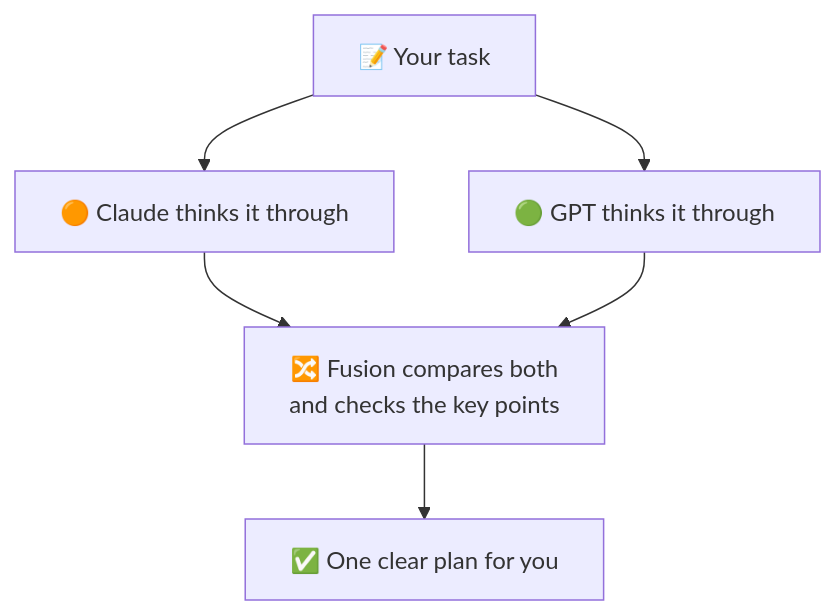
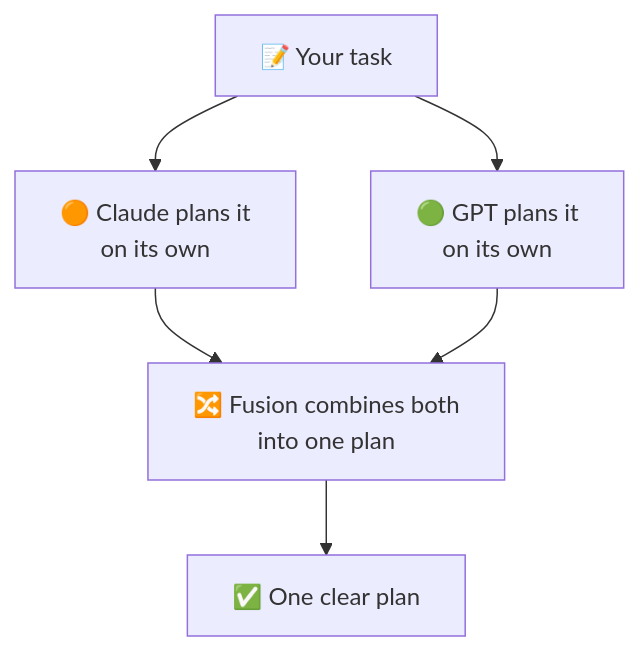
The diagram in README.md (Adityalingwal/Fusion), drawn with Mermaid before and after one commit. The commit also changed other lines of this file, not shown here.

````diff
--- a/README.md
+++ b/README.md
@@ -12,8 +11,8 @@
 ```mermaid
 flowchart TD
-    A["📝 Your task"] --> B["🟠 Claude thinks it through"]
-    A --> C["🟢 GPT thinks it through"]
-    B --> D["🔀 Fusion compares both<br/>and checks the key points"]
+    A["📝 Your task"] --> B["🟠 Claude plans it<br/>on its own"]
+    A --> C["🟢 GPT plans it<br/>on its own"]
+    B --> D["🔀 Fusion combines both<br/>into one plan"]
     C --> D
-    D --> E["✅ One clear plan for you"]
+    D --> E["✅ One clear plan"]
 ```
````
